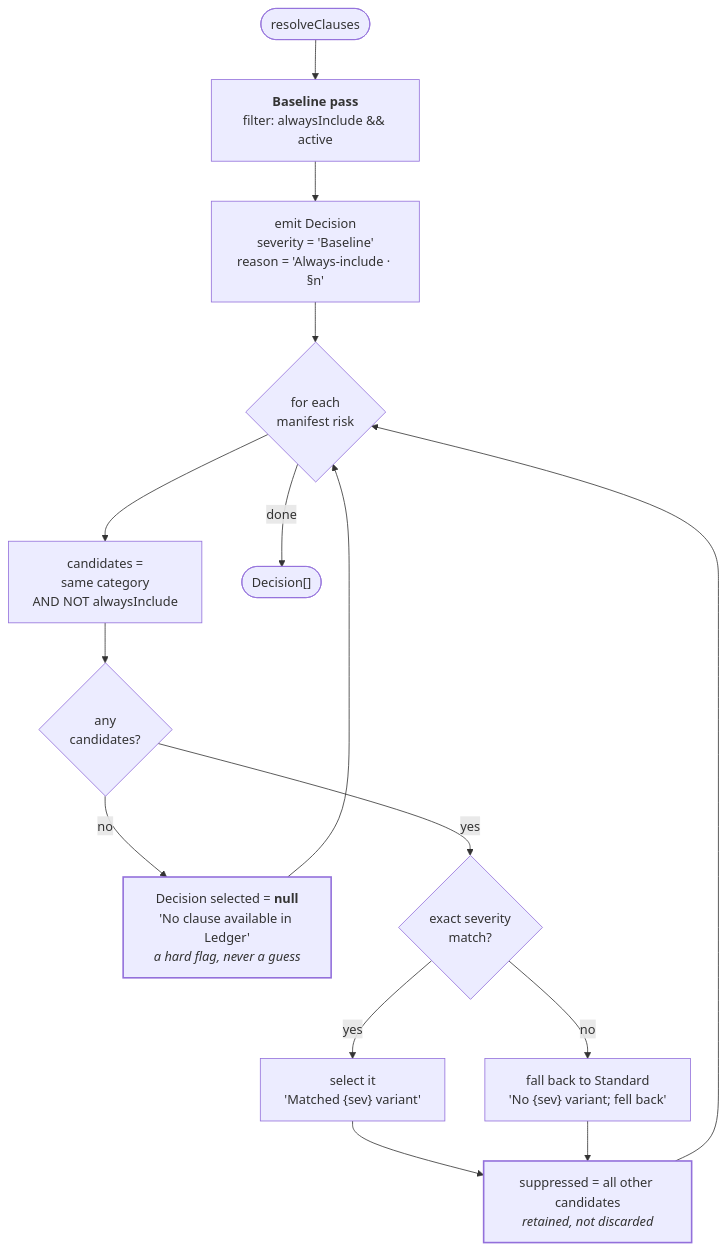
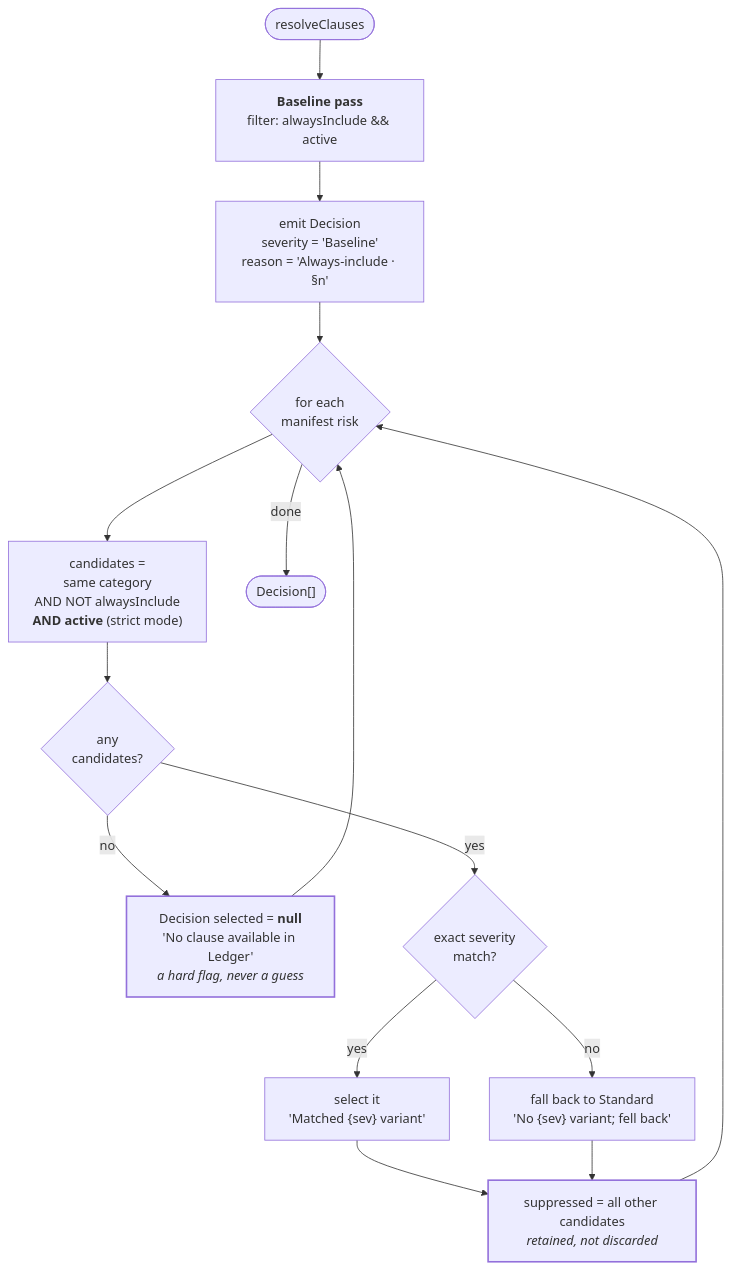
Before and after one commit to coonhound-pharaoh/clausewerk: the second of 6 diagrams in docs/diagrams.md, drawn with Mermaid. The commit also changed other lines of this file and 25 other files, not shown here.

````diff
--- a/docs/diagrams.md
+++ b/docs/diagrams.md
@@ -56,24 +56,24 @@
 ```mermaid
 flowchart TB
   START(["resolveClauses"]) --> BASE["<b>Baseline pass</b><br/>filter: alwaysInclude && active"]
   BASE --> BEMIT["emit Decision<br/>severity = 'Baseline'<br/>reason = 'Always-include · §n'"]
   BEMIT --> LOOP{"for each<br/>manifest risk"}
 
-  LOOP --> CAND["candidates =<br/>same category<br/>AND NOT alwaysInclude"]
+  LOOP --> CAND["candidates =<br/>same category<br/>AND NOT alwaysInclude<br/><b>AND active</b> (strict mode)"]
   CAND --> EMPTY{"any<br/>candidates?"}
 
   EMPTY -->|no| NULLD["Decision selected = <b>null</b><br/>'No clause available in Ledger'<br/><i>a hard flag, never a guess</i>"]
   EMPTY -->|yes| EXACT{"exact severity<br/>match?"}
 
   EXACT -->|yes| SEL["select it<br/>'Matched {sev} variant'"]
   EXACT -->|no| FB["fall back to Standard<br/>'No {sev} variant; fell back'"]
 
   SEL --> SUPP["suppressed = all other candidates<br/><i>retained, not discarded</i>"]
   FB --> SUPP
   SUPP --> LOOP
   NULLD --> LOOP
   LOOP -->|done| OUT(["Decision[]"])
 
   style NULLD stroke-width:2px
   style SUPP stroke-width:2px
 ```
````
